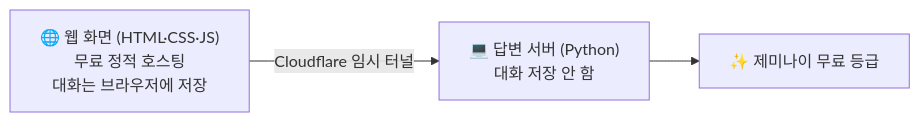
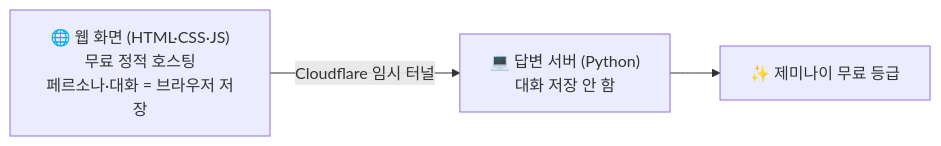
Before and after one commit to DODO-YONG/Obsidian: the diagram in wiki/projects/heartline/topics/Heartline PRD_261119.md, drawn with Mermaid. The commit also changed other lines of this file and 27 other files, not shown here.

````diff
--- a/wiki/projects/heartline/topics/Heartline PRD_261119.md
+++ b/wiki/projects/heartline/topics/Heartline PRD_261119.md
@@ -110,5 +131,5 @@
 ```mermaid
 flowchart LR
-  UI["🌐 웹 화면 (HTML·CSS·JS)<br/>무료 정적 호스팅<br/>대화는 브라우저에 저장"] -->|"Cloudflare 임시 터널"| API["💻 답변 서버 (Python)<br/>대화 저장 안 함"]
+  UI["🌐 웹 화면 (HTML·CSS·JS)<br/>무료 정적 호스팅<br/>페르소나·대화 = 브라우저 저장"] -->|"Cloudflare 임시 터널"| API["💻 답변 서버 (Python)<br/>대화 저장 안 함"]
   API --> LLM["✨ 제미나이 무료 등급"]
 ```
````
